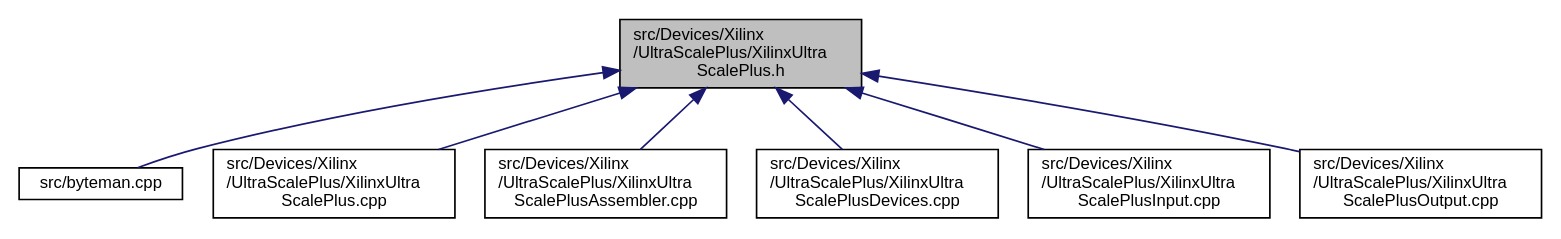
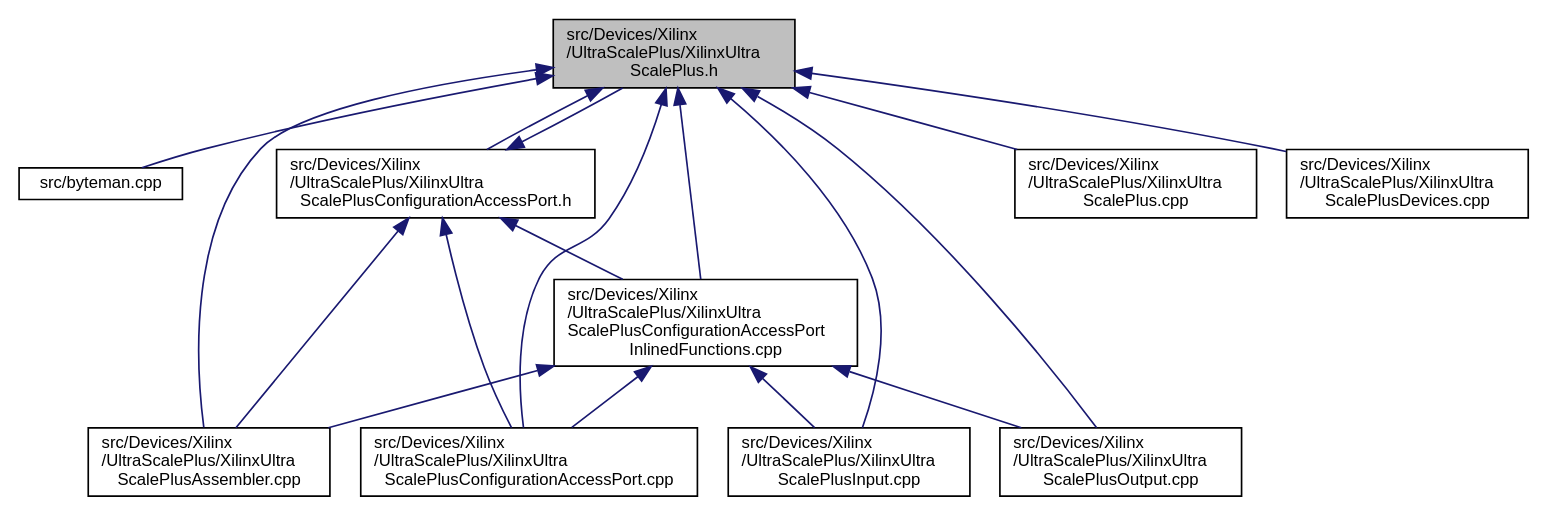
The diagram in XilinxUltraScalePlus_8h__dep__incl.dot (FPGA-Research-Manchester/byteman), drawn with Graphviz before and after one commit. The commit also changed 1465 other files, not shown here.

```diff
--- a/XilinxUltraScalePlus_8h__dep__incl.dot
+++ b/XilinxUltraScalePlus_8h__dep__incl.dot
@@ -1,20 +1,34 @@
 digraph "src/Devices/Xilinx/UltraScalePlus/XilinxUltraScalePlus.h"
 {
  // INTERACTIVE_SVG=YES
  // LATEX_PDF_SIZE
   edge [fontname="Helvetica",fontsize="10",labelfontname="Helvetica",labelfontsize="10"];
   node [fontname="Helvetica",fontsize="10",shape=record];
   Node1 [label="src/Devices/Xilinx\l/UltraScalePlus/XilinxUltra\lScalePlus.h",height=0.2,width=0.4,color="black", fillcolor="grey75", style="filled", fontcolor="black",tooltip=" "];
   Node1 -> Node2 [dir="back",color="midnightblue",fontsize="10",style="solid",fontname="Helvetica"];
   Node2 [label="src/byteman.cpp",height=0.2,width=0.4,color="black", fillcolor="white", style="filled",URL="$byteman_8cpp.html",tooltip=" "];
   Node1 -> Node3 [dir="back",color="midnightblue",fontsize="10",style="solid",fontname="Helvetica"];
-  Node3 [label="src/Devices/Xilinx\l/UltraScalePlus/XilinxUltra\lScalePlus.cpp",height=0.2,width=0.4,color="black", fillcolor="white", style="filled",URL="$XilinxUltraScalePlus_8cpp.html",tooltip=" "];
+  Node3 [label="src/Devices/Xilinx\l/UltraScalePlus/XilinxUltra\lScalePlusConfigurationAccessPort.h",height=0.2,width=0.4,color="black", fillcolor="white", style="filled",URL="$XilinxUltraScalePlusConfigurationAccessPort_8h.html",tooltip=" "];
+  Node3 -> Node1 [dir="back",color="midnightblue",fontsize="10",style="solid",fontname="Helvetica"];
+  Node3 -> Node4 [dir="back",color="midnightblue",fontsize="10",style="solid",fontname="Helvetica"];
+  Node4 [label="src/Devices/Xilinx\l/UltraScalePlus/XilinxUltra\lScalePlusAssembler.cpp",height=0.2,width=0.4,color="black", fillcolor="white", style="filled",URL="$XilinxUltraScalePlusAssembler_8cpp.html",tooltip=" "];
+  Node3 -> Node5 [dir="back",color="midnightblue",fontsize="10",style="solid",fontname="Helvetica"];
+  Node5 [label="src/Devices/Xilinx\l/UltraScalePlus/XilinxUltra\lScalePlusConfigurationAccessPort\lInlinedFunctions.cpp",height=0.2,width=0.4,color="black", fillcolor="white", style="filled",URL="$XilinxUltraScalePlusConfigurationAccessPortInlinedFunctions_8cpp.html",tooltip=" "];
+  Node5 -> Node4 [dir="back",color="midnightblue",fontsize="10",style="solid",fontname="Helvetica"];
+  Node5 -> Node6 [dir="back",color="midnightblue",fontsize="10",style="solid",fontname="Helvetica"];
+  Node6 [label="src/Devices/Xilinx\l/UltraScalePlus/XilinxUltra\lScalePlusConfigurationAccessPort.cpp",height=0.2,width=0.4,color="black", fillcolor="white", style="filled",URL="$XilinxUltraScalePlusConfigurationAccessPort_8cpp.html",tooltip=" "];
+  Node5 -> Node7 [dir="back",color="midnightblue",fontsize="10",style="solid",fontname="Helvetica"];
+  Node7 [label="src/Devices/Xilinx\l/UltraScalePlus/XilinxUltra\lScalePlusInput.cpp",height=0.2,width=0.4,color="black", fillcolor="white", style="filled",URL="$XilinxUltraScalePlusInput_8cpp.html",tooltip=" "];
+  Node5 -> Node8 [dir="back",color="midnightblue",fontsize="10",style="solid",fontname="Helvetica"];
+  Node8 [label="src/Devices/Xilinx\l/UltraScalePlus/XilinxUltra\lScalePlusOutput.cpp",height=0.2,width=0.4,color="black", fillcolor="white", style="filled",URL="$XilinxUltraScalePlusOutput_8cpp.html",tooltip=" "];
+  Node3 -> Node6 [dir="back",color="midnightblue",fontsize="10",style="solid",fontname="Helvetica"];
+  Node1 -> Node9 [dir="back",color="midnightblue",fontsize="10",style="solid",fontname="Helvetica"];
+  Node9 [label="src/Devices/Xilinx\l/UltraScalePlus/XilinxUltra\lScalePlus.cpp",height=0.2,width=0.4,color="black", fillcolor="white", style="filled",URL="$XilinxUltraScalePlus_8cpp.html",tooltip=" "];
   Node1 -> Node4 [dir="back",color="midnightblue",fontsize="10",style="solid",fontname="Helvetica"];
-  Node4 [label="src/Devices/Xilinx\l/UltraScalePlus/XilinxUltra\lScalePlusAssembler.cpp",height=0.2,width=0.4,color="black", fillcolor="white", style="filled",URL="$XilinxUltraScalePlusAssembler_8cpp.html",tooltip=" "];
   Node1 -> Node5 [dir="back",color="midnightblue",fontsize="10",style="solid",fontname="Helvetica"];
-  Node5 [label="src/Devices/Xilinx\l/UltraScalePlus/XilinxUltra\lScalePlusDevices.cpp",height=0.2,width=0.4,color="black", fillcolor="white", style="filled",URL="$XilinxUltraScalePlusDevices_8cpp.html",tooltip=" "];
   Node1 -> Node6 [dir="back",color="midnightblue",fontsize="10",style="solid",fontname="Helvetica"];
-  Node6 [label="src/Devices/Xilinx\l/UltraScalePlus/XilinxUltra\lScalePlusInput.cpp",height=0.2,width=0.4,color="black", fillcolor="white", style="filled",URL="$XilinxUltraScalePlusInput_8cpp.html",tooltip=" "];
+  Node1 -> Node10 [dir="back",color="midnightblue",fontsize="10",style="solid",fontname="Helvetica"];
+  Node10 [label="src/Devices/Xilinx\l/UltraScalePlus/XilinxUltra\lScalePlusDevices.cpp",height=0.2,width=0.4,color="black", fillcolor="white", style="filled",URL="$XilinxUltraScalePlusDevices_8cpp.html",tooltip=" "];
   Node1 -> Node7 [dir="back",color="midnightblue",fontsize="10",style="solid",fontname="Helvetica"];
-  Node7 [label="src/Devices/Xilinx\l/UltraScalePlus/XilinxUltra\lScalePlusOutput.cpp",height=0.2,width=0.4,color="black", fillcolor="white", style="filled",URL="$XilinxUltraScalePlusOutput_8cpp.html",tooltip=" "];
+  Node1 -> Node8 [dir="back",color="midnightblue",fontsize="10",style="solid",fontname="Helvetica"];
 }
```
